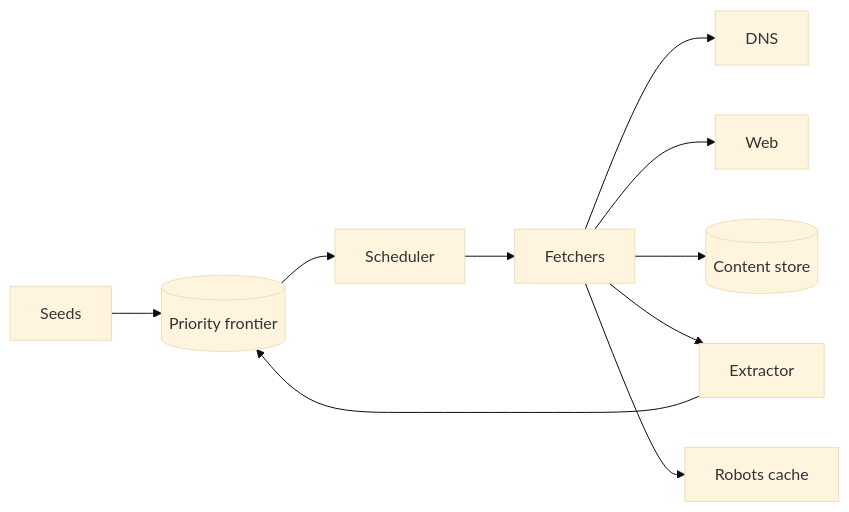
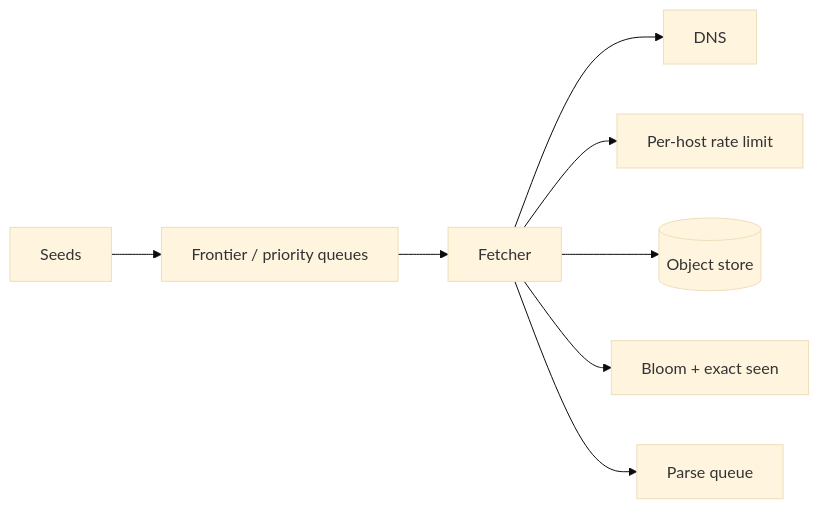
Before and after one commit to yazeedsawalha/system-design: diagram 21 of 30 in README.md, drawn with Mermaid (base theme). The commit also changed other lines of this file and 16 other files, not shown here.

First line of the commit message:
Deepen curriculum: roadmap topics, draw.io diagrams, interview scripts

````diff
--- a/README.md
+++ b/README.md
@@ -3570,12 +4647,10 @@
 ```mermaid
 flowchart LR
-  Seeds --> Frontier[(Priority frontier)]
-  Frontier --> Scheduler
-  Scheduler --> Fetchers
-  Fetchers --> DNS
-  Fetchers --> Web
-  Fetchers --> Store[(Content store)]
-  Fetchers --> Extractor
-  Extractor --> Frontier
-  Fetchers --> Robots[Robots cache]
+  Seeds --> Frontier[Frontier / priority queues]
+  Frontier --> Fetcher
+  Fetcher --> DNS
+  Fetcher --> HostRL[Per-host rate limit]
+  Fetcher --> Store[(Object store)]
+  Fetcher --> Seen[Bloom + exact seen]
+  Fetcher --> ParseQ[Parse queue]
 ```
````
